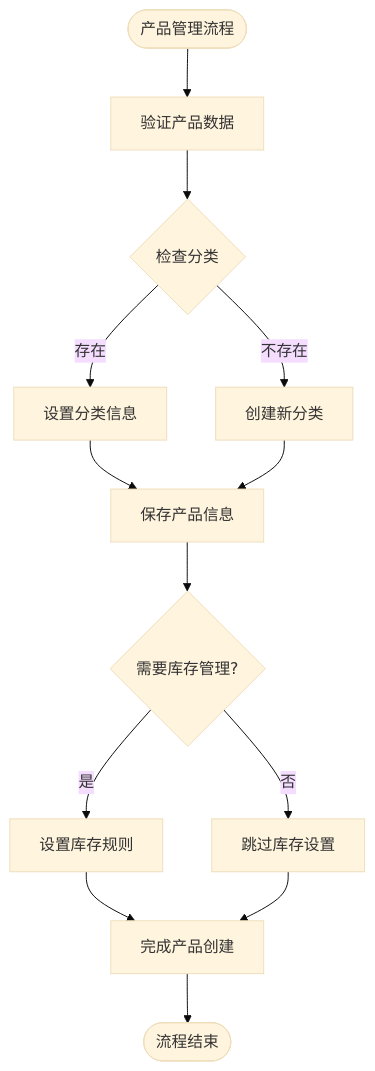
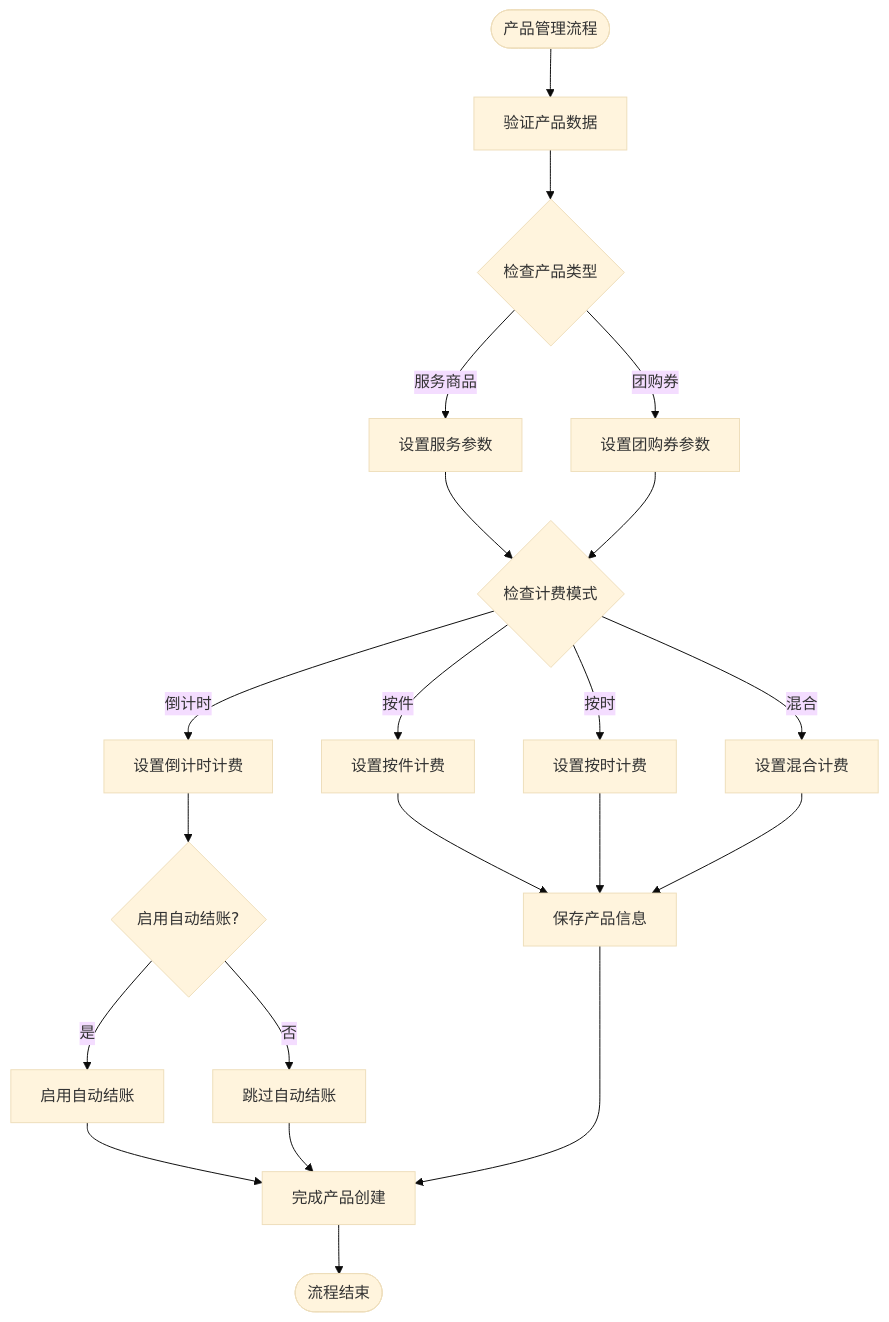
One commit to rc558620/purelyprofit-server changed the fifth of 6 diagrams in .qoder/repowiki/zh/content/API 接口文档/业务模块接口/营销管理接口.md. Above: the diagram before and after it, drawn with Mermaid (base theme). The commit also changed other lines of this file and 40 other files, not shown here.

````diff
--- a/.qoder/repowiki/zh/content/API 接口文档/业务模块接口/营销管理接口.md
+++ b/.qoder/repowiki/zh/content/API 接口文档/业务模块接口/营销管理接口.md
@@ -286,15 +301,23 @@
 ```mermaid
 flowchart TD
 Start([产品管理流程]) --> Validate["验证产品数据"]
-Validate --> CheckCategory{"检查分类"}
-CheckCategory --> |存在| SetCategory["设置分类信息"]
-CheckCategory --> |不存在| CreateCategory["创建新分类"]
-SetCategory --> SaveProduct["保存产品信息"]
-CreateCategory --> SaveProduct
-SaveProduct --> CheckInventory{"需要库存管理?"}
-CheckInventory --> |是| SetupInventory["设置库存规则"]
-CheckInventory --> |否| SkipInventory["跳过库存设置"]
-SetupInventory --> Finalize["完成产品创建"]
-SkipInventory --> Finalize
+Validate --> CheckType{"检查产品类型"}
+CheckType --> |服务商品| SetService["设置服务参数"]
+CheckType --> |团购券| SetVoucher["设置团购券参数"]
+SetService --> CheckBilling{"检查计费模式"}
+SetVoucher --> CheckBilling
+CheckBilling --> |按件| SetupItems["设置按件计费"]
+CheckBilling --> |按时| SetupTimed["设置按时计费"]
+CheckBilling --> |混合| SetupMixed["设置混合计费"]
+CheckBilling --> |倒计时| SetupCountdown["设置倒计时计费"]
+SetupItems --> SaveProduct["保存产品信息"]
+SetupTimed --> SaveProduct
+SetupMixed --> SaveProduct
+SetupCountdown --> AutoCheckout{"启用自动结账?"}
+AutoCheckout --> |是| EnableAuto["启用自动结账"]
+AutoCheckout --> |否| SkipAuto["跳过自动结账"]
+EnableAuto --> Finalize["完成产品创建"]
+SkipAuto --> Finalize
+SaveProduct --> Finalize
 Finalize --> End([流程结束])
 ```
````
